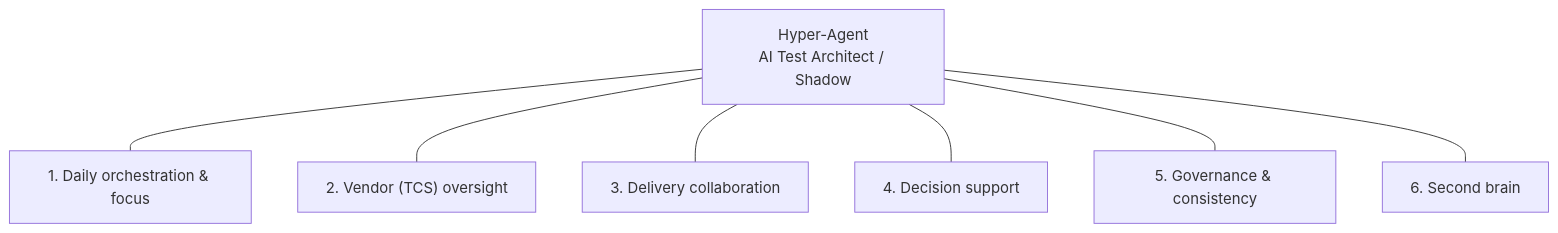
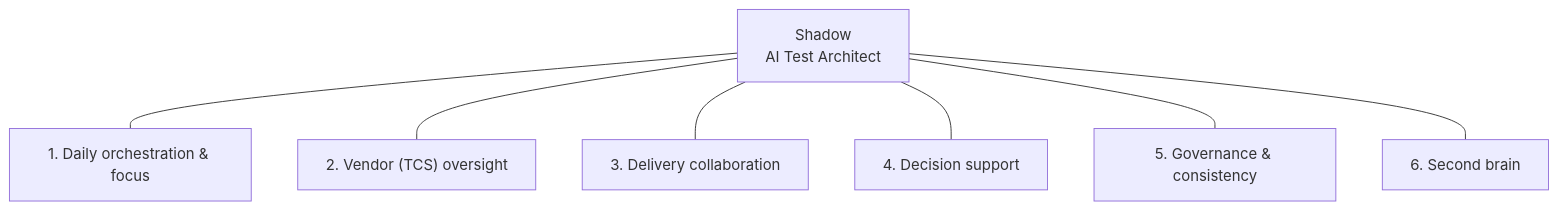
One commit to ElaMCB/Hyper-Agent changed the diagram in README.md. Above: the diagram before and after it, drawn with Mermaid. The commit also changed other lines of this file and 24 other files, not shown here.

````diff
--- a/README.md
+++ b/README.md
@@ -23,16 +27,16 @@
 ```mermaid
 flowchart TB
-    CORE["Hyper-Agent<br/>AI Test Architect / Shadow"]
+    CORE["Shadow<br/>AI Test Architect"]
     CORE --- A1
     CORE --- A2
     CORE --- A3
     CORE --- A4
     CORE --- A5
     CORE --- A6
     A1["1. Daily orchestration & focus"]
     A2["2. Vendor (TCS) oversight"]
     A3["3. Delivery collaboration"]
     A4["4. Decision support"]
     A5["5. Governance & consistency"]
     A6["6. Second brain"]
 ```
````
